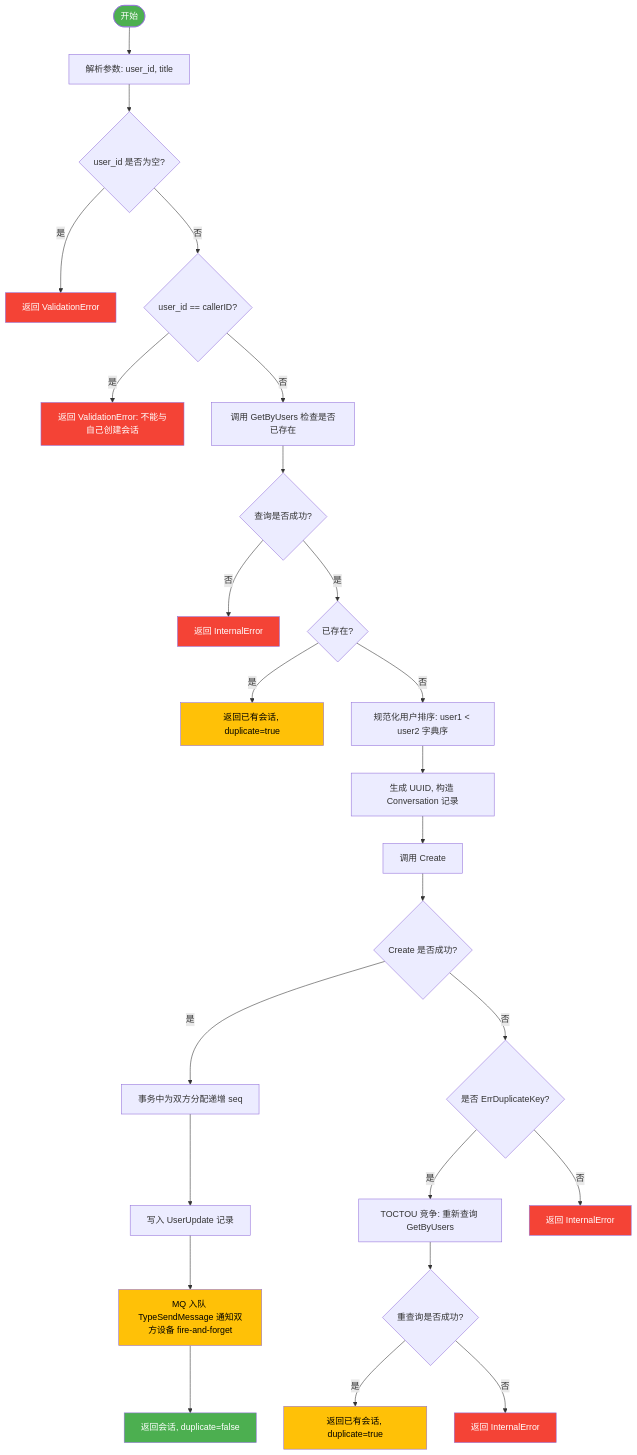
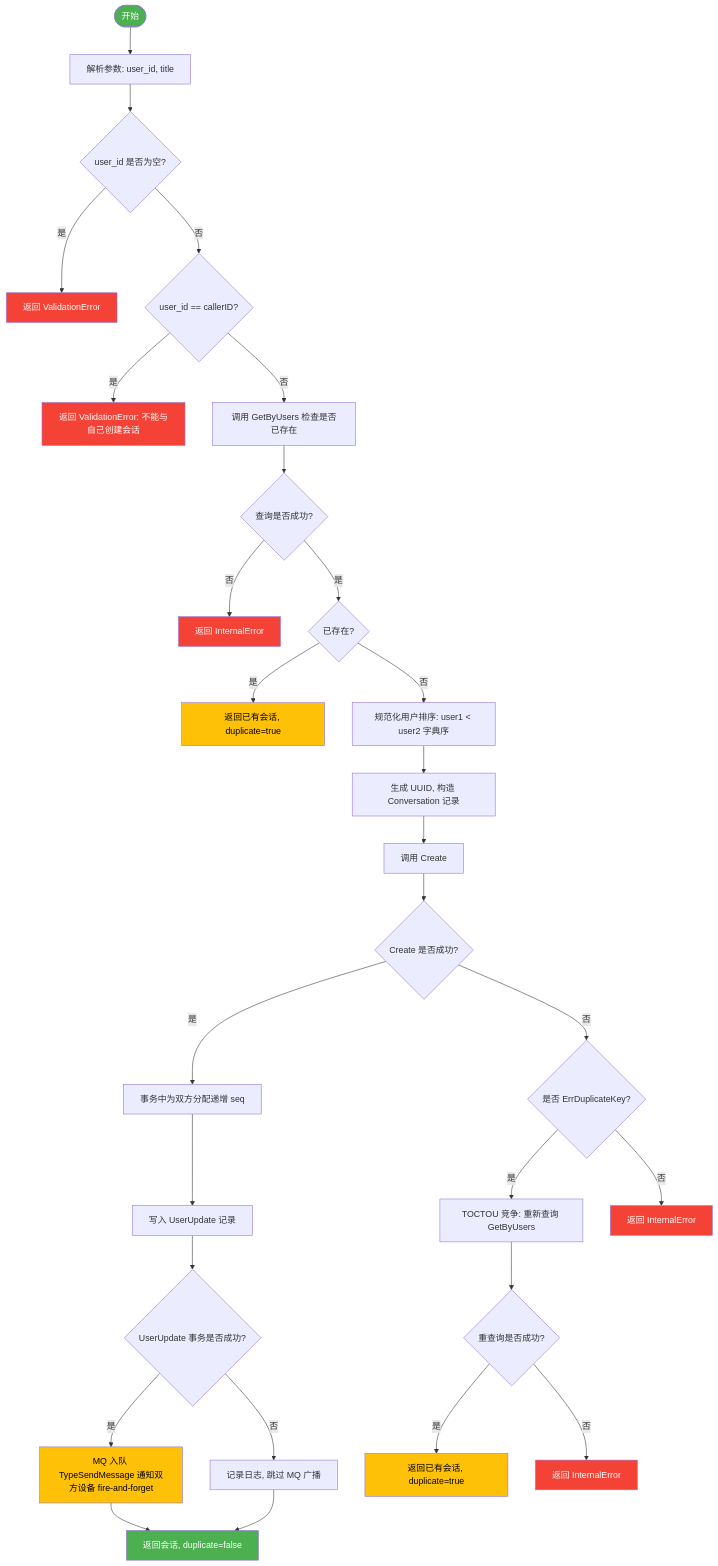
The first of 5 diagrams in wiki/flows/conversation.md (PineappleBond/xyncra-server), drawn with Mermaid before and after one commit. The commit also changed other lines of this file and 12 other files, not shown here.

Commit message:
docs(wiki): accuracy improvements across flow documents

````diff
--- a/wiki/flows/conversation.md
+++ b/wiki/flows/conversation.md
@@ -95,38 +95,41 @@
 ```mermaid
 flowchart TD
     A([开始]) --> B[解析参数: user_id, title]
     B --> C{user_id 是否为空?}
     C -- 是 --> C1[返回 ValidationError]
     C -- 否 --> D{user_id == callerID?}
     D -- 是 --> D1[返回 ValidationError: 不能与自己创建会话]
     D -- 否 --> E[调用 GetByUsers 检查是否已存在]
     E --> E2{查询是否成功?}
     E2 -- 否 --> E3[返回 InternalError]
     E2 -- 是 --> F{已存在?}
     F -- 是 --> F1[返回已有会话, duplicate=true]
     F -- 否 --> G[规范化用户排序: user1 < user2 字典序]
     G --> H[生成 UUID, 构造 Conversation 记录]
     H --> I[调用 Create]
     I --> J1{Create 是否成功?}
     J1 -- 是 --> L[事务中为双方分配递增 seq]
     L --> M[写入 UserUpdate 记录]
-    M --> N[MQ 入队 TypeSendMessage 通知双方设备 fire-and-forget]
+    M --> M1{UserUpdate 事务是否成功?}
+    M1 -- 是 --> N[MQ 入队 TypeSendMessage 通知双方设备 fire-and-forget]
+    M1 -- 否 --> N1[记录日志, 跳过 MQ 广播]
     N --> P[返回会话, duplicate=false]
+    N1 --> P
     J1 -- 否 --> J{是否 ErrDuplicateKey?}
     J -- 是 --> K[TOCTOU 竞争: 重新查询 GetByUsers]
     K --> K2{重查询是否成功?}
     K2 -- 是 --> K1[返回已有会话, duplicate=true]
     K2 -- 否 --> K3[返回 InternalError]
     J -- 否 --> J2[返回 InternalError]
 
     style A fill:#4CAF50,color:#fff
     style C1 fill:#f44336,color:#fff
     style D1 fill:#f44336,color:#fff
     style E3 fill:#f44336,color:#fff
     style F1 fill:#FFC107,color:#000
     style K1 fill:#FFC107,color:#000
     style K3 fill:#f44336,color:#fff
     style J2 fill:#f44336,color:#fff
     style N fill:#FFC107,color:#000
     style P fill:#4CAF50,color:#fff
 ```
````
